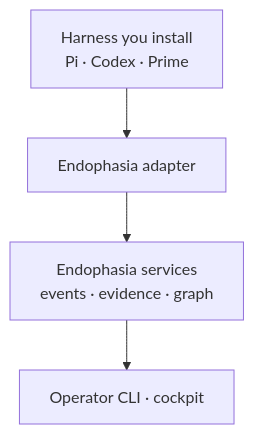
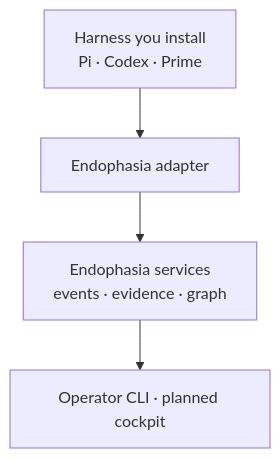
Before and after one commit to noctem-o/endophasia: the first of 4 diagrams in README.md, drawn with Mermaid. The commit also changed other lines of this file, not shown here.

```diff
--- a/README.md
+++ b/README.md
@@ -105,6 +106,6 @@
 ~~~mermaid
 flowchart TB
     R["Harness you install<br/>Pi · Codex · Prime"] --> A["Endophasia adapter"]
     A --> S["Endophasia services<br/>events · evidence · graph"]
-    S --> C["Operator CLI · cockpit"]
+    S --> C["Operator CLI · planned cockpit"]
 ~~~
```
